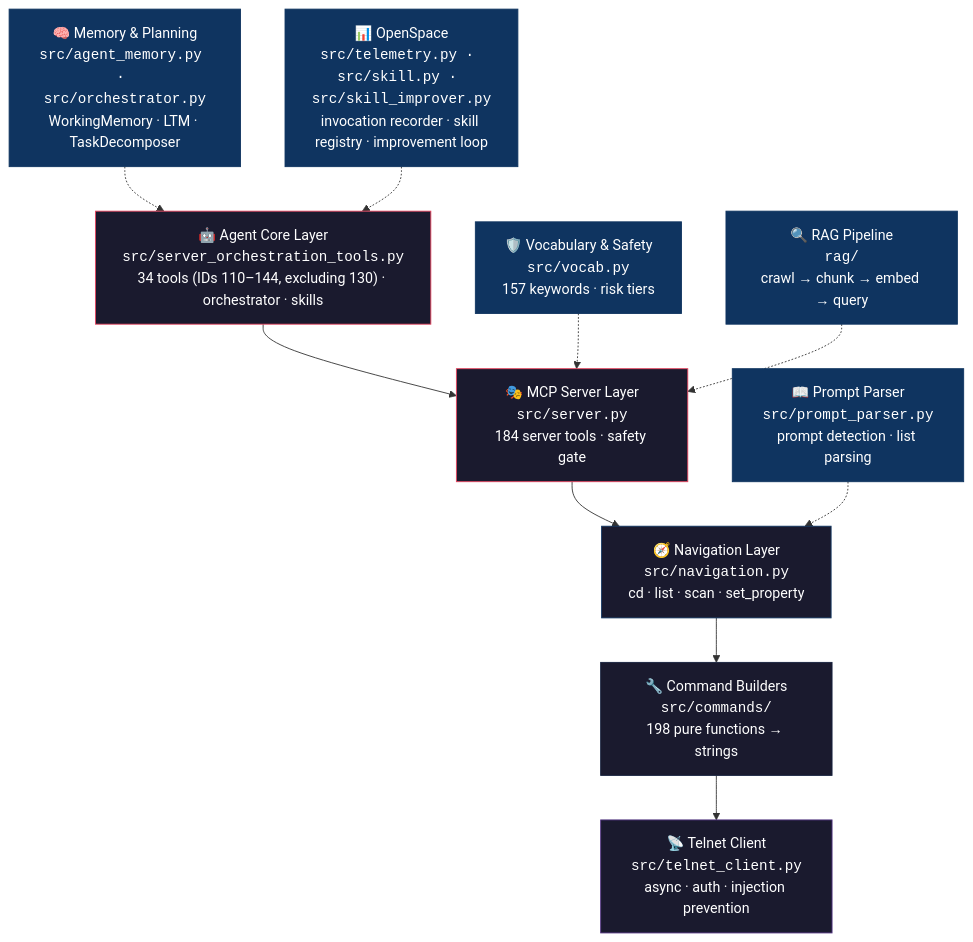
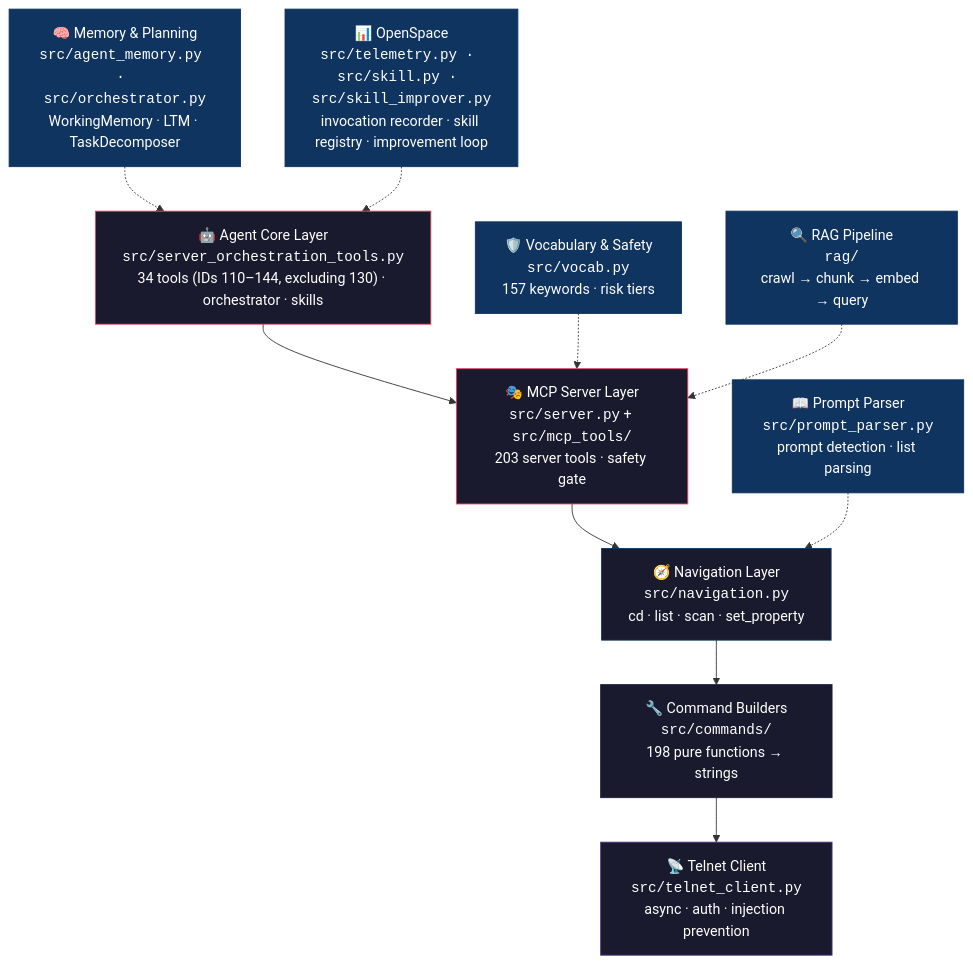
Before and after one commit to drohi-r/grandma2-mcp: the first of 2 diagrams in README.md, drawn with Mermaid. The commit also changed other lines of this file and 38 other files, not shown here.

````diff
--- a/README.md
+++ b/README.md
@@ -98,25 +98,25 @@
 ```mermaid
 graph TD
     H["🤖 Agent Core Layer<br/><code>src/server_orchestration_tools.py</code><br/>34 tools (IDs 110–144, excluding 130) · orchestrator · skills"] --> A
-    A["🎭 MCP Server Layer<br/><code>src/server.py</code><br/>184 server tools · safety gate"] --> B
+    A["🎭 MCP Server Layer<br/><code>src/server.py</code> + <code>src/mcp_tools/</code><br/>203 server tools · safety gate"] --> B
     B["🧭 Navigation Layer<br/><code>src/navigation.py</code><br/>cd · list · scan · set_property"] --> C
     C["🔧 Command Builders<br/><code>src/commands/</code><br/>198 pure functions → strings"] --> D
     D["📡 Telnet Client<br/><code>src/telnet_client.py</code><br/>async · auth · injection prevention"]
 
     E["📖 Prompt Parser<br/><code>src/prompt_parser.py</code><br/>prompt detection · list parsing"] -.-> B
     F["🛡️ Vocabulary & Safety<br/><code>src/vocab.py</code><br/>157 keywords · risk tiers"] -.-> A
     G["🔍 RAG Pipeline<br/><code>rag/</code><br/>crawl → chunk → embed → query"] -.-> A
     I["🧠 Memory & Planning<br/><code>src/agent_memory.py · src/orchestrator.py</code><br/>WorkingMemory · LTM · TaskDecomposer"] -.-> H
     J["📊 OpenSpace<br/><code>src/telemetry.py · src/skill.py · src/skill_improver.py</code><br/>invocation recorder · skill registry · improvement loop"] -.-> H
 
     style H fill:#1a1a2e,stroke:#e94560,color:#fff
     style A fill:#1a1a2e,stroke:#e94560,color:#fff
     style B fill:#1a1a2e,stroke:#0f3460,color:#fff
     style C fill:#1a1a2e,stroke:#16213e,color:#fff
     style D fill:#1a1a2e,stroke:#533483,color:#fff
     style E fill:#0f3460,stroke:#0f3460,color:#fff
     style F fill:#0f3460,stroke:#0f3460,color:#fff
     style G fill:#0f3460,stroke:#0f3460,color:#fff
     style I fill:#0f3460,stroke:#0f3460,color:#fff
     style J fill:#0f3460,stroke:#0f3460,color:#fff
 ```
````
